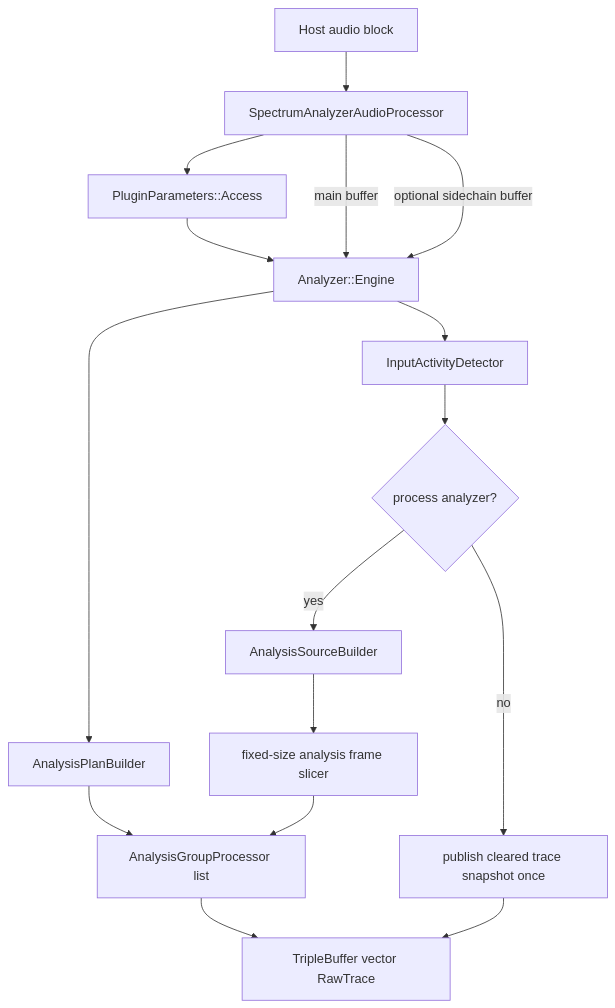
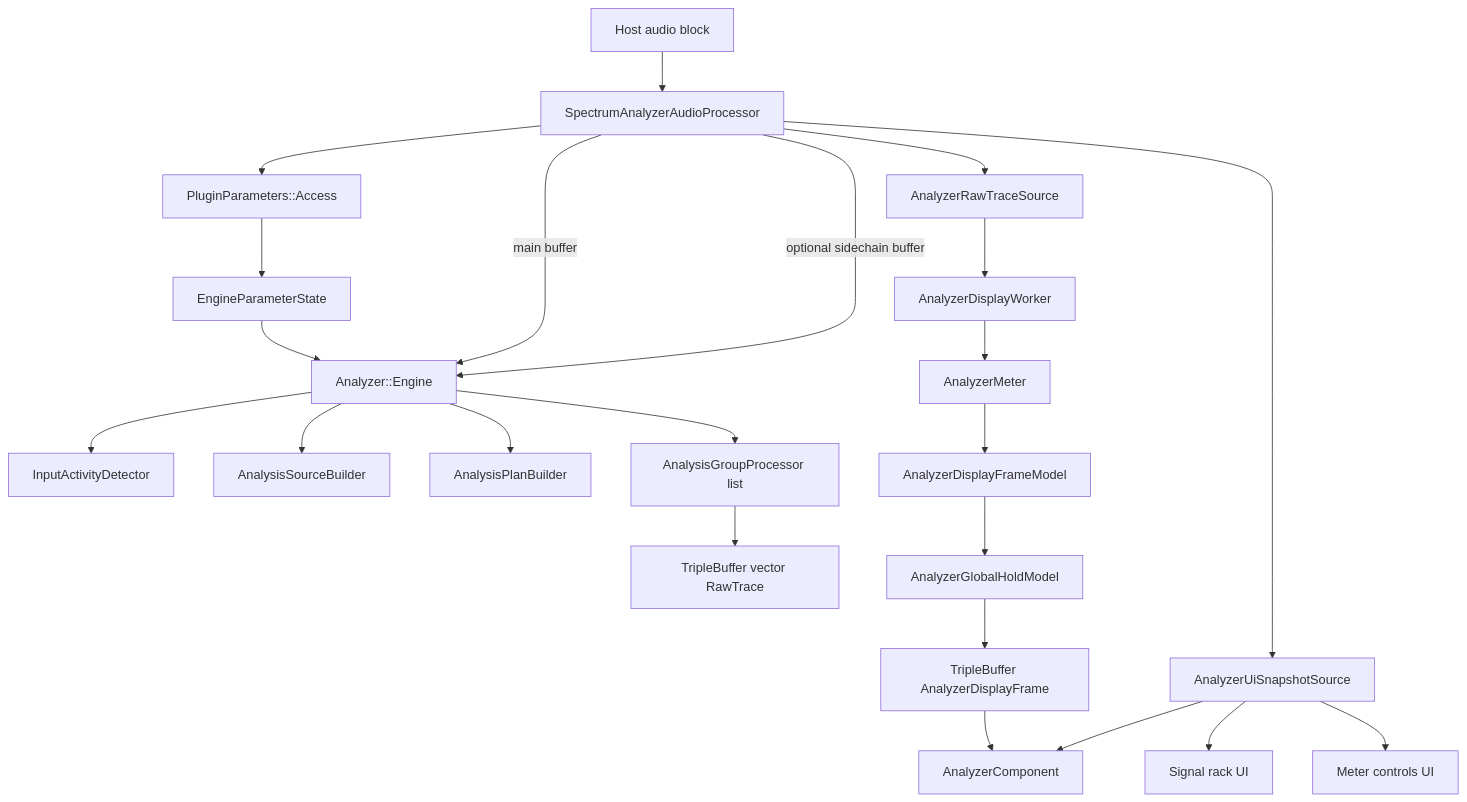
Before and after one commit to Silenterc/Band-Spectrum-Analyzer: the first of 7 diagrams in docs/audio-processing-architecture.md, drawn with Mermaid. The commit also changed other lines of this file and 173 other files, not shown here.

````diff
--- a/docs/audio-processing-architecture.md
+++ b/docs/audio-processing-architecture.md
@@ -7,18 +7,29 @@
 ```mermaid
 flowchart TD
     Host[Host audio block] --> Processor[SpectrumAnalyzerAudioProcessor]
     Processor --> Params[PluginParameters::Access]
-    Params --> Engine[Analyzer::Engine]
+    Params --> EngineParams[EngineParameterState]
+    EngineParams --> Engine[Analyzer::Engine]
+
     Processor -->|main buffer| Engine
     Processor -->|optional sidechain buffer| Engine
+
     Engine --> Activity[InputActivityDetector]
-    Activity --> Gate{process analyzer?}
-    Gate -->|yes| SourceBuilder[AnalysisSourceBuilder]
-    SourceBuilder --> Slice[fixed-size analysis frame slicer]
-    Gate -->|no| Silence[publish cleared trace snapshot once]
+    Engine --> SourceBuilder[AnalysisSourceBuilder]
     Engine --> PlanBuilder[AnalysisPlanBuilder]
-    PlanBuilder --> Processors[AnalysisGroupProcessor list]
-    Slice --> Processors
-    Processors --> Published[TripleBuffer vector RawTrace]
-    Silence --> Published
+    Engine --> GroupProcessors[AnalysisGroupProcessor list]
+    GroupProcessors --> RawPublish[TripleBuffer vector RawTrace]
+
+    Processor --> RawTraceSource[AnalyzerRawTraceSource]
+    RawTraceSource --> DisplayWorker[AnalyzerDisplayWorker]
+    DisplayWorker --> Meter[AnalyzerMeter]
+    Meter --> FrameModel[AnalyzerDisplayFrameModel]
+    FrameModel --> Hold[AnalyzerGlobalHoldModel]
+    Hold --> DisplayPublish[TripleBuffer AnalyzerDisplayFrame]
+
+    DisplayPublish --> AnalyzerComponent
+    Processor --> SnapshotSource[AnalyzerUiSnapshotSource]
+    SnapshotSource --> AnalyzerComponent
+    SnapshotSource --> Rack[Signal rack UI]
+    SnapshotSource --> Controls[Meter controls UI]
 ```
````
